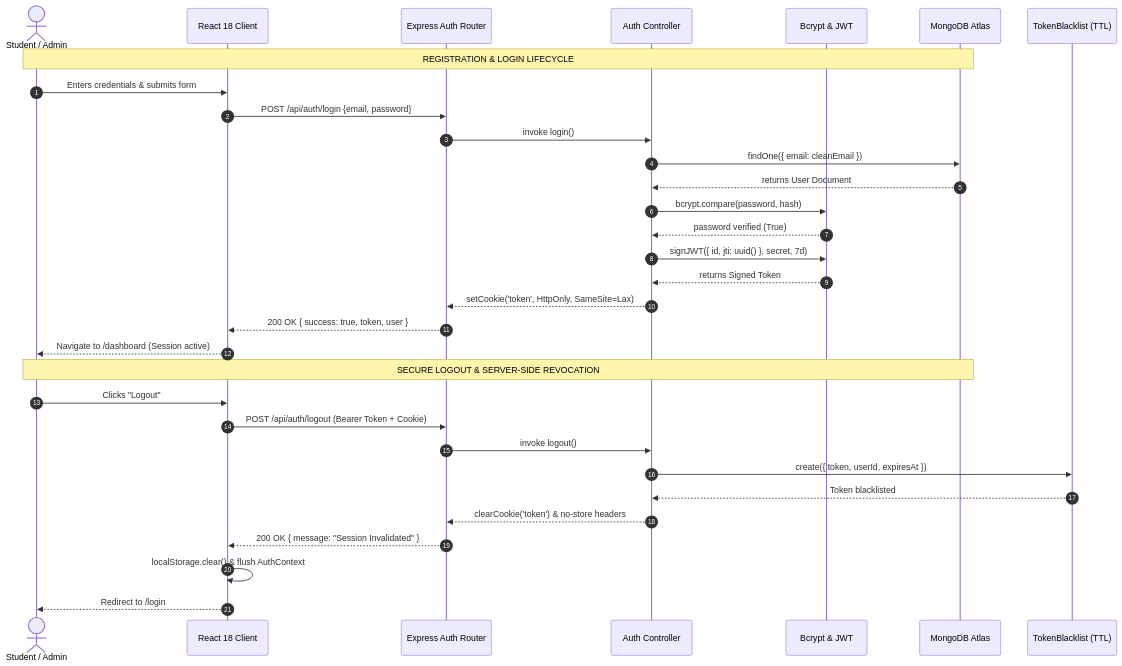
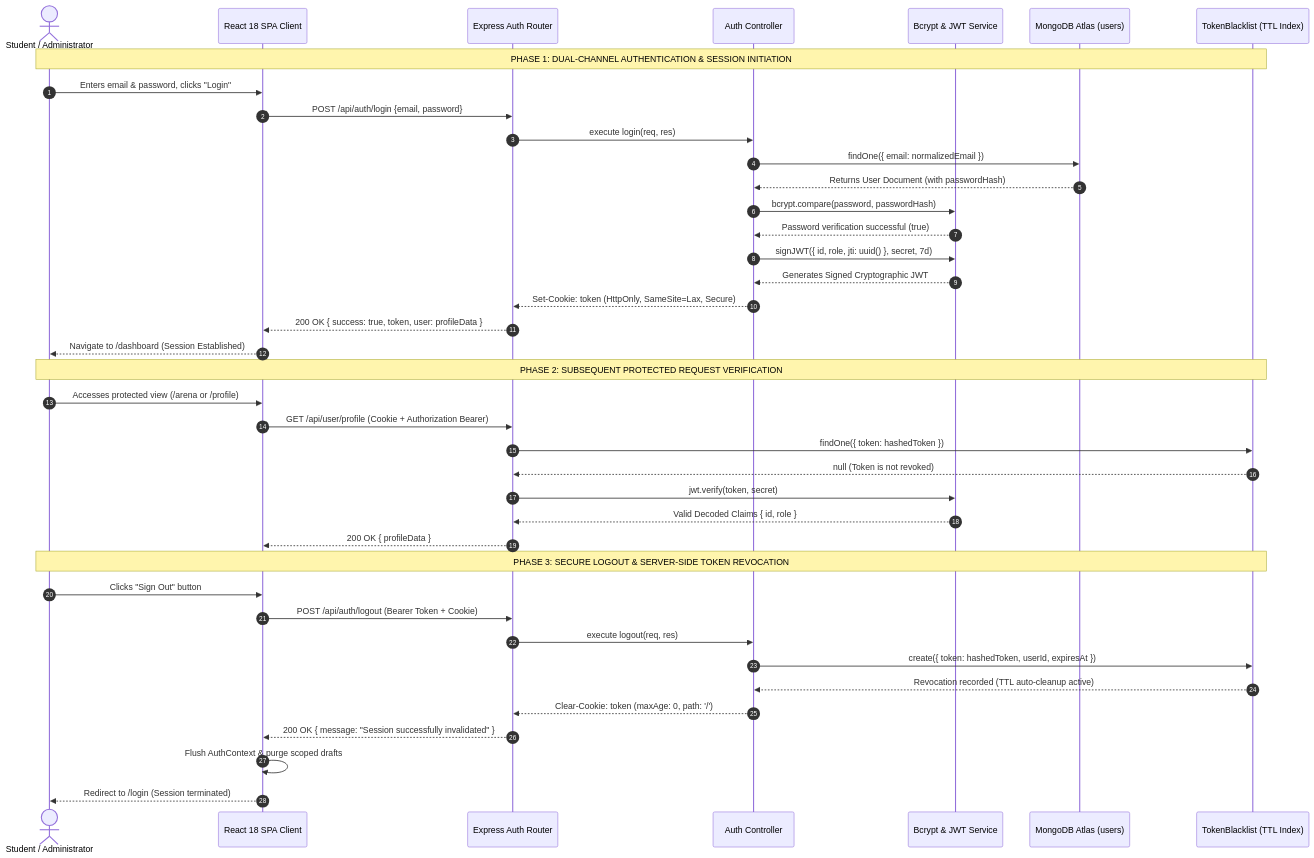
Before and after one commit to koushikreddy89/Skill-Battle: the diagram in diagrams/06_auth_sequence.mmd, drawn with Mermaid. The commit also changed 102 other files, not shown here.

Commit message:
docs: finalize professional project report and full-page diagram redesigns

```diff
--- a/diagrams/06_auth_sequence.mmd
+++ b/diagrams/06_auth_sequence.mmd
@@ -1,34 +1,43 @@
 sequenceDiagram
     autonumber
-    actor User as Student / Admin
-    participant Client as React 18 Client
+    actor User as Student / Administrator
+    participant Client as React 18 SPA Client
     participant Router as Express Auth Router
     participant Ctrl as Auth Controller
-    participant Security as Bcrypt & JWT
-    participant DB as MongoDB Atlas
-    participant Blacklist as TokenBlacklist (TTL)
+    participant Security as Bcrypt & JWT Service
+    participant DB as MongoDB Atlas (users)
+    participant Blacklist as TokenBlacklist (TTL Index)
 
-    Note over User,DB: REGISTRATION & LOGIN LIFECYCLE
-    User->>Client: Enters credentials & submits form
+    Note over User,Blacklist: PHASE 1: DUAL-CHANNEL AUTHENTICATION & SESSION INITIATION
+    User->>Client: Enters email & password, clicks "Login"
     Client->>Router: POST /api/auth/login {email, password}
-    Router->>Ctrl: invoke login()
-    Ctrl->>DB: findOne({ email: cleanEmail })
-    DB-->>Ctrl: returns User Document
-    Ctrl->>Security: bcrypt.compare(password, hash)
-    Security-->>Ctrl: password verified (True)
-    Ctrl->>Security: signJWT({ id, jti: uuid() }, secret, 7d)
-    Security-->>Ctrl: returns Signed Token
-    Ctrl-->>Router: setCookie('token', HttpOnly, SameSite=Lax)
-    Router-->>Client: 200 OK { success: true, token, user }
-    Client-->>User: Navigate to /dashboard (Session active)
+    Router->>Ctrl: execute login(req, res)
+    Ctrl->>DB: findOne({ email: normalizedEmail })
+    DB-->>Ctrl: Returns User Document (with passwordHash)
+    Ctrl->>Security: bcrypt.compare(password, passwordHash)
+    Security-->>Ctrl: Password verification successful (true)
+    Ctrl->>Security: signJWT({ id, role, jti: uuid() }, secret, 7d)
+    Security-->>Ctrl: Generates Signed Cryptographic JWT
+    Ctrl-->>Router: Set-Cookie: token (HttpOnly, SameSite=Lax, Secure)
+    Router-->>Client: 200 OK { success: true, token, user: profileData }
+    Client-->>User: Navigate to /dashboard (Session Established)
 
-    Note over User,DB: SECURE LOGOUT & SERVER-SIDE REVOCATION
-    User->>Client: Clicks "Logout"
+    Note over User,Blacklist: PHASE 2: SUBSEQUENT PROTECTED REQUEST VERIFICATION
+    User->>Client: Accesses protected view (/arena or /profile)
+    Client->>Router: GET /api/user/profile (Cookie + Authorization Bearer)
+    Router->>Blacklist: findOne({ token: hashedToken })
+    Blacklist-->>Router: null (Token is not revoked)
+    Router->>Security: jwt.verify(token, secret)
+    Security-->>Router: Valid Decoded Claims { id, role }
+    Router-->>Client: 200 OK { profileData }
+
+    Note over User,Blacklist: PHASE 3: SECURE LOGOUT & SERVER-SIDE TOKEN REVOCATION
+    User->>Client: Clicks "Sign Out" button
     Client->>Router: POST /api/auth/logout (Bearer Token + Cookie)
-    Router->>Ctrl: invoke logout()
-    Ctrl->>Blacklist: create({ token, userId, expiresAt })
-    Blacklist-->>Ctrl: Token blacklisted
-    Ctrl-->>Router: clearCookie('token') & no-store headers
-    Router-->>Client: 200 OK { message: "Session Invalidated" }
-    Client->>Client: localStorage.clear() & flush AuthContext
-    Client-->>User: Redirect to /login
+    Router->>Ctrl: execute logout(req, res)
+    Ctrl->>Blacklist: create({ token: hashedToken, userId, expiresAt })
+    Blacklist-->>Ctrl: Revocation recorded (TTL auto-cleanup active)
+    Ctrl-->>Router: Clear-Cookie: token (maxAge: 0, path: '/')
+    Router-->>Client: 200 OK { message: "Session successfully invalidated" }
+    Client->>Client: Flush AuthContext & purge scoped drafts
+    Client-->>User: Redirect to /login (Session terminated)
```
